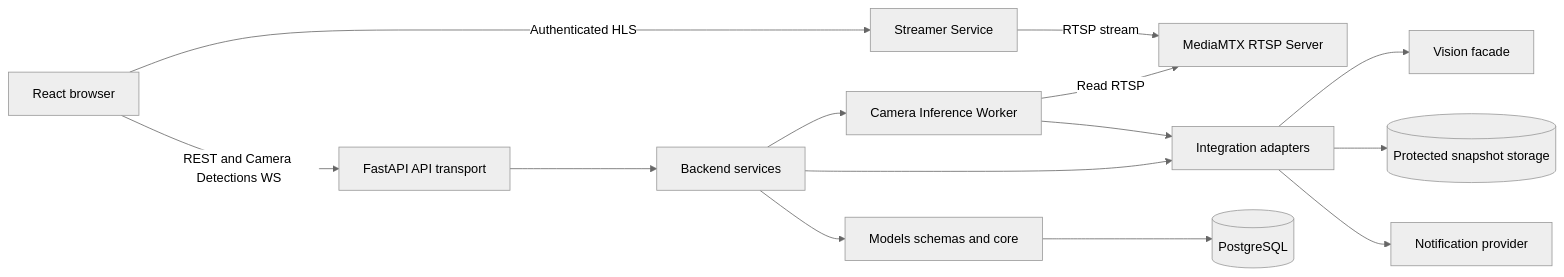
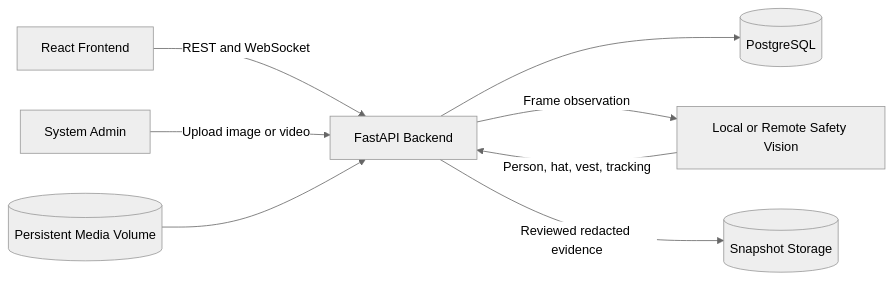
Before and after one commit to NguyenNhat4/Sentiel-safety-intelligent: the first of 2 diagrams in docs/architecture/architecture_diagram.md, drawn with Mermaid (neutral theme). The commit also changed other lines of this file and 134 other files, not shown here.

````diff
--- a/docs/architecture/architecture_diagram.md
+++ b/docs/architecture/architecture_diagram.md
@@ -8,29 +5,10 @@
 ```mermaid
 flowchart LR
-    Browser[React browser]
-    MediaMTX[MediaMTX RTSP Server]
-    Streamer[Streamer Service]
-    API[FastAPI API transport]
-    Service[Backend services]
-    Worker[Camera Inference Worker]
-    Integration[Integration adapters]
-    Models[Models schemas and core]
-    Vision[Vision facade]
-    Database[(PostgreSQL)]
-    Storage[(Protected snapshot storage)]
-    Notify[Notification provider]
-
-    Streamer -->|RTSP stream| MediaMTX
-    Worker -->|Read RTSP| MediaMTX
-    Worker --> Integration
-    Browser -->|Authenticated HLS| Streamer
-    Browser -->|REST and Camera Detections WS| API
-    API --> Service
-    Service --> Worker
-    Service --> Integration
-    Service --> Models
-    Integration --> Vision
-    Models --> Database
-    Integration --> Storage
-    Integration --> Notify
+    Browser[React Frontend] -->|REST and WebSocket| Backend[FastAPI Backend]
+    Admin[System Admin] -->|Upload image or video| Backend
+    Backend --> Postgres[(PostgreSQL)]
+    Volume[(Persistent Media Volume)] --> Backend
+    Backend -->|Frame observation| Vision[Local or Remote Safety Vision]
+    Vision -->|Person, hat, vest, tracking| Backend
+    Backend -->|Reviewed redacted evidence| Storage[(Snapshot Storage)]
 ```
````
